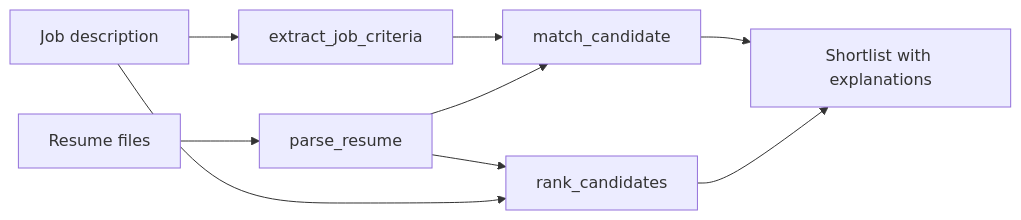
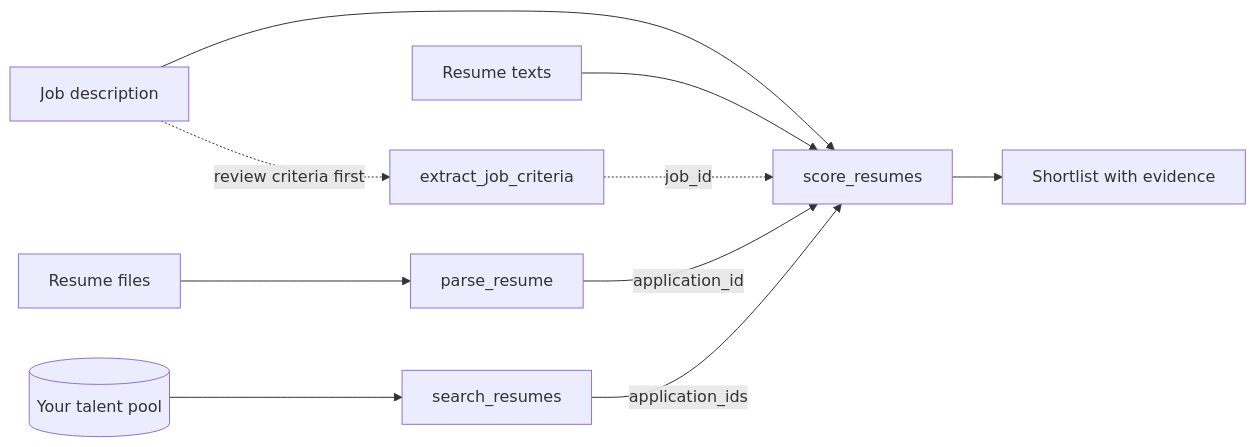
The diagram in README.md (HireLayer/hirelayer-mcp), drawn with Mermaid before and after one commit. The commit also changed other lines of this file and 12 other files, not shown here.

````diff
--- a/README.md
+++ b/README.md
@@ -237,11 +243,12 @@
 ```mermaid
 flowchart LR
-    J[Job description] --> C[extract_job_criteria]
+    J[Job description] --> S[score_resumes]
     R[Resume files] --> P[parse_resume]
-    C --> M[match_candidate]
-    P --> M
-    P --> K[rank_candidates]
-    J --> K
-    M --> S[Shortlist with explanations]
-    K --> S
+    P -- application_id --> S
+    T[Resume texts] --> S
+    J -. review criteria first .-> C[extract_job_criteria]
+    C -. job_id .-> S
+    D[(Your talent pool)] --> Q[search_resumes]
+    Q -- application_ids --> S
+    S --> L[Shortlist with evidence]
 ```
````
